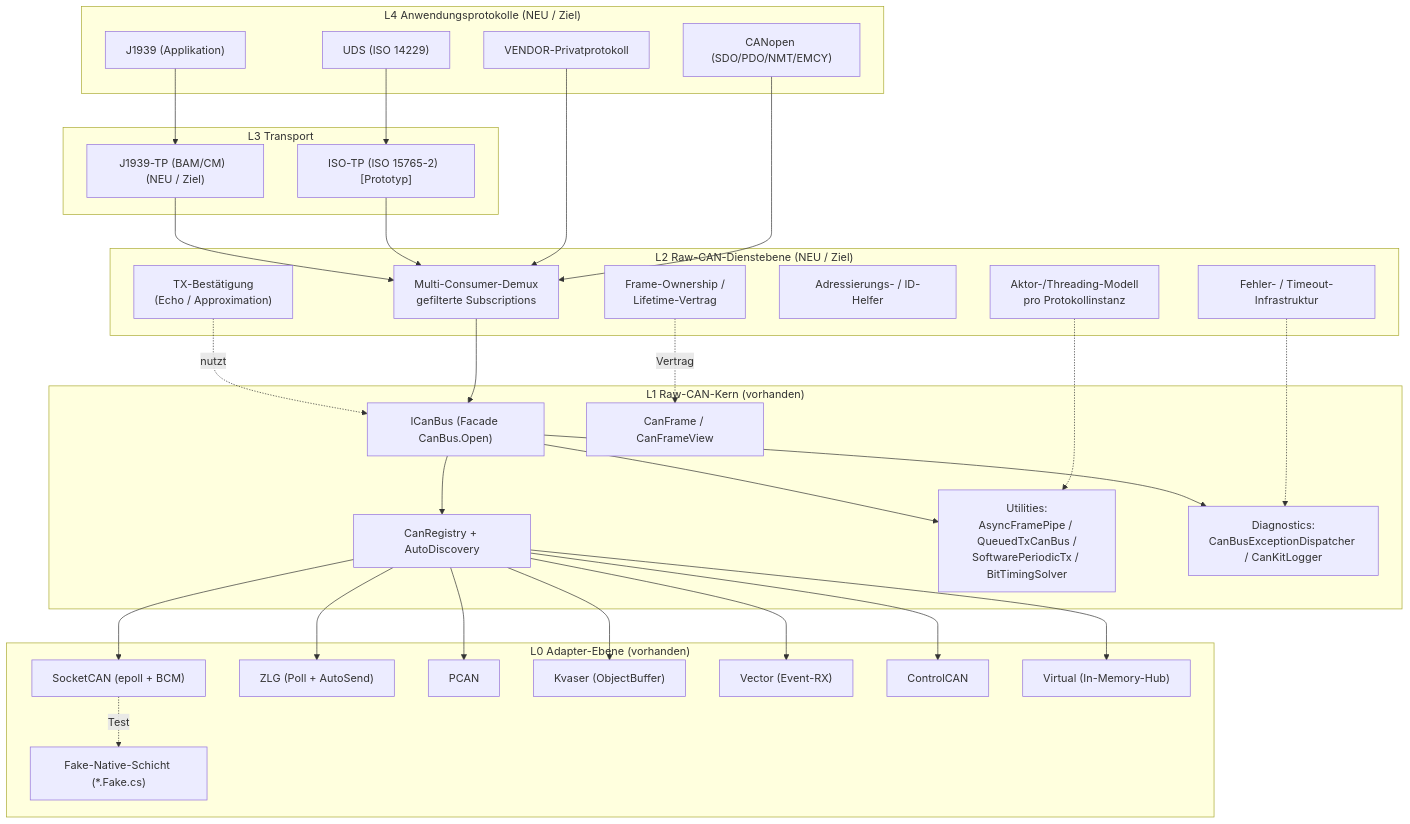
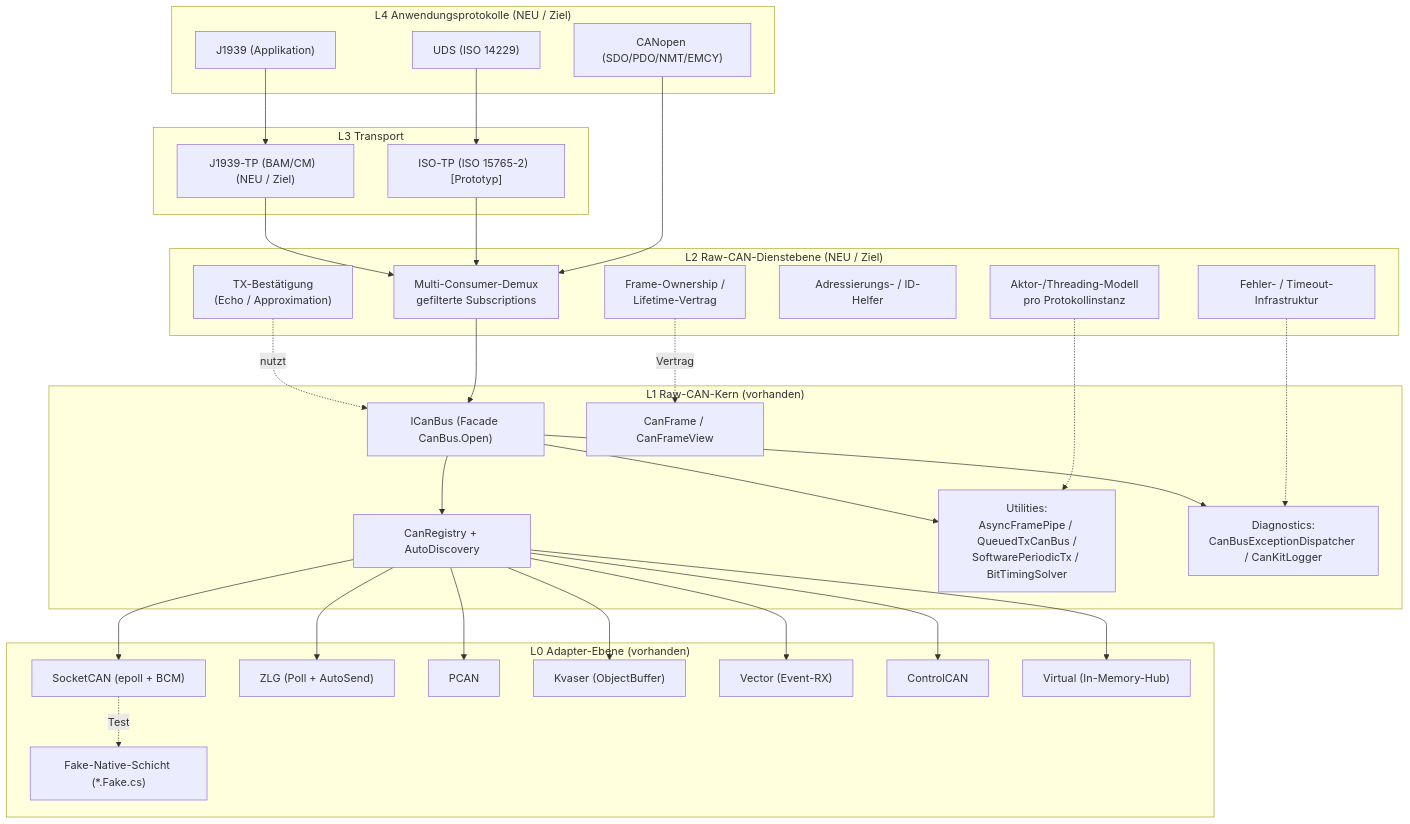
One commit to dborgards/CanKit.Pro changed the second of 19 diagrams in docs/architecture/arc42-CanKit.Pro.md. Above: the diagram before and after it, drawn with Mermaid. The commit also changed other lines of this file and 17 other files, not shown here.

````diff
--- a/docs/architecture/arc42-CanKit.Pro.md
+++ b/docs/architecture/arc42-CanKit.Pro.md
@@ -251,65 +251,63 @@
 ```mermaid
 flowchart TB
     subgraph L4["L4 Anwendungsprotokolle  (NEU / Ziel)"]
         UDS["UDS (ISO 14229)"]
         CANopen["CANopen (SDO/PDO/NMT/EMCY)"]
         J1939App["J1939 (Applikation)"]
-        VENDOR["VENDOR-Privatprotokoll"]
     end
 
     subgraph L3["L3 Transport"]
         IsoTp["ISO-TP (ISO 15765-2)  [Prototyp]"]
         J1939Tp["J1939-TP (BAM/CM)  (NEU / Ziel)"]
     end
 
     subgraph L2["L2 Raw-CAN-Dienstebene  (NEU / Ziel)"]
         Demux["Multi-Consumer-Demux<br/>gefilterte Subscriptions"]
         Ownership["Frame-Ownership /<br/>Lifetime-Vertrag"]
         TxConfirm["TX-Bestätigung<br/>(Echo / Approximation)"]
         Addr["Adressierungs- / ID-Helfer"]
         Actor["Aktor-/Threading-Modell<br/>pro Protokollinstanz"]
         FaultInfra["Fehler- / Timeout-Infrastruktur"]
     end
 
     subgraph L1["L1 Raw-CAN-Kern  (vorhanden)"]
         ICanBus["ICanBus (Facade CanBus.Open)"]
         CanFrame["CanFrame / CanFrameView"]
         Registry["CanRegistry + AutoDiscovery"]
         Utils["Utilities:<br/>AsyncFramePipe / QueuedTxCanBus /<br/>SoftwarePeriodicTx / BitTimingSolver"]
         Diag["Diagnostics:<br/>CanBusExceptionDispatcher / CanKitLogger"]
     end
 
     subgraph L0["L0 Adapter-Ebene  (vorhanden)"]
         SocketCAN["SocketCAN (epoll + BCM)"]
         ZLG["ZLG (Poll + AutoSend)"]
         PCAN["PCAN"]
         Kvaser["Kvaser (ObjectBuffer)"]
         Vector["Vector (Event-RX)"]
         ControlCAN["ControlCAN"]
         Virtual["Virtual (In-Memory-Hub)"]
         Fake["Fake-Native-Schicht (*.Fake.cs)"]
     end
 
     UDS --> IsoTp
     CANopen --> Demux
     J1939App --> J1939Tp
-    VENDOR --> Demux
     IsoTp --> Demux
     J1939Tp --> Demux
     Demux --> ICanBus
     Ownership -.Vertrag.-> CanFrame
     TxConfirm -.nutzt.-> ICanBus
     Actor -.-> Utils
     FaultInfra -.-> Diag
     ICanBus --> Registry
     ICanBus --> Utils
     ICanBus --> Diag
     Registry --> SocketCAN
     Registry --> ZLG
     Registry --> PCAN
     Registry --> Kvaser
     Registry --> Vector
     Registry --> ControlCAN
     Registry --> Virtual
     SocketCAN -.Test.-> Fake
 ```
````
